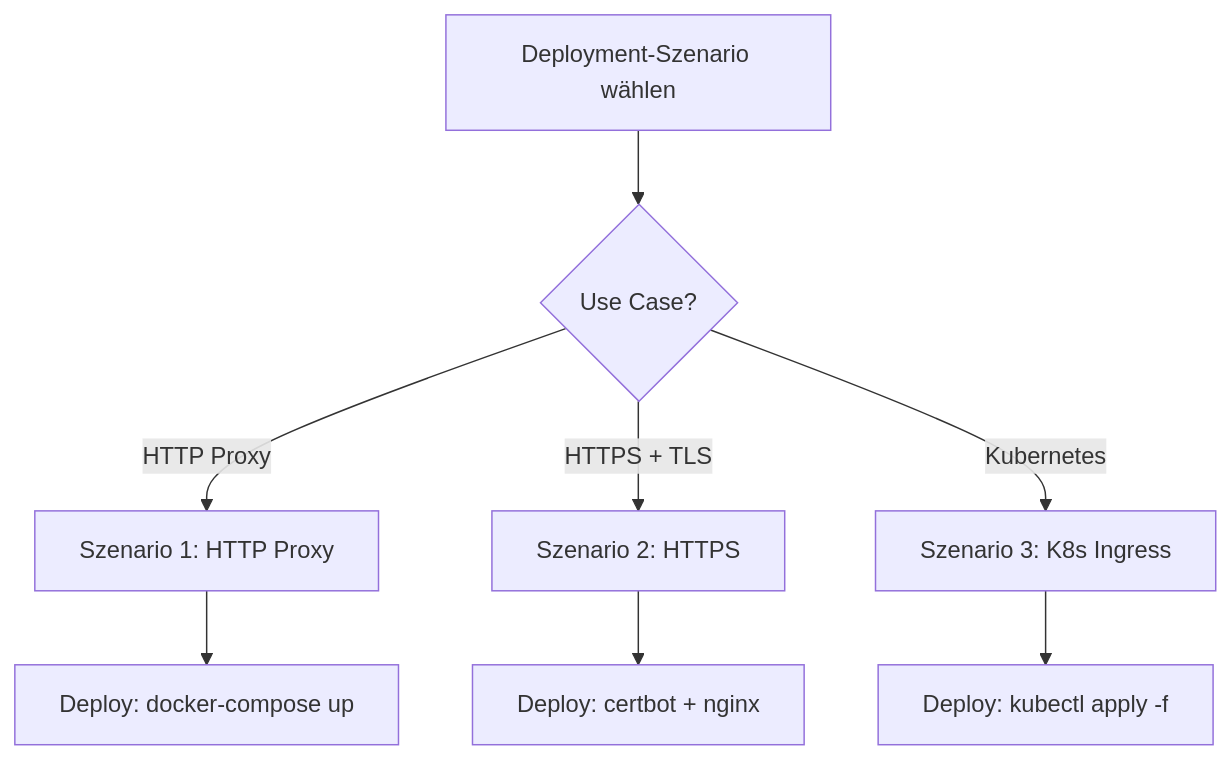
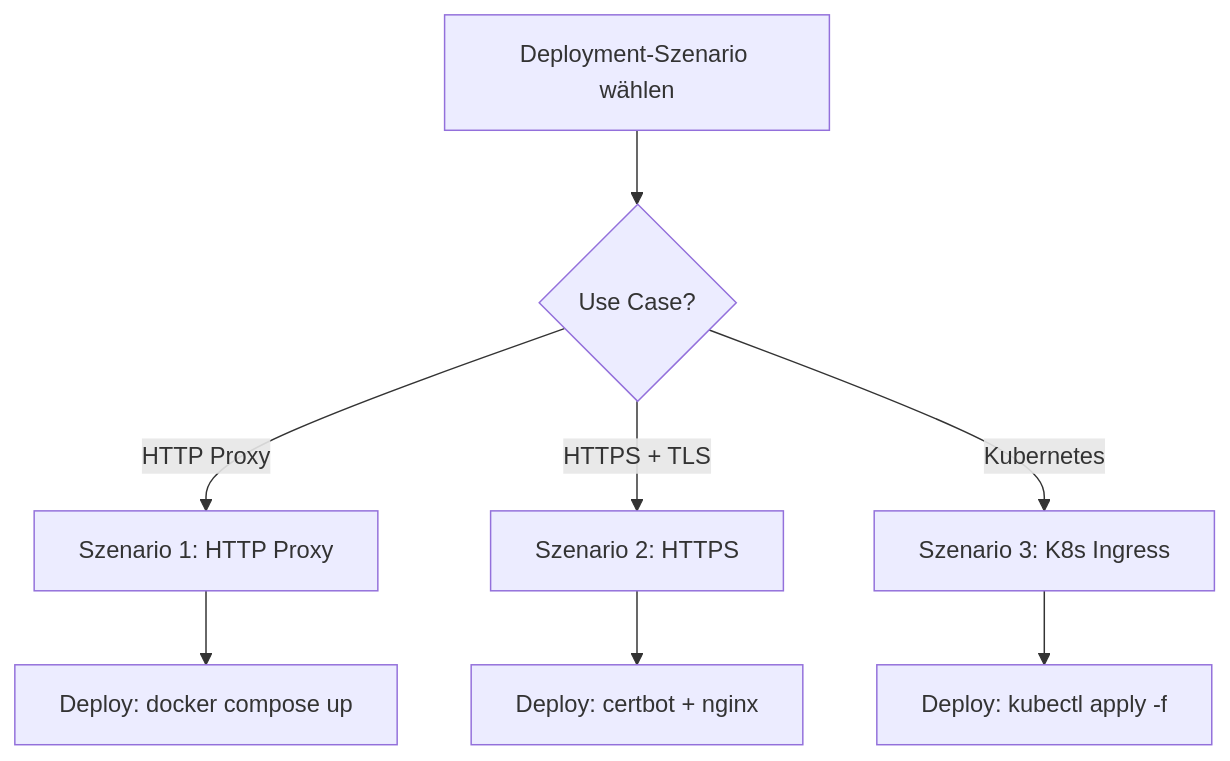
One commit to pt9912/x-gal changed the third of 4 diagrams in .claude/skills/documentation/MERMAID_GUIDE.md. Above: the diagram before and after it, drawn with Mermaid. The commit also changed 16 other files, not shown here.

First line of the commit message:
refactor(tests): Migrate from docker-compose to docker compose (V2)

````diff
--- a/.claude/skills/documentation/MERMAID_GUIDE.md
+++ b/.claude/skills/documentation/MERMAID_GUIDE.md
@@ -64,11 +64,11 @@
 ```mermaid
 flowchart TD
     Start[Deployment-Szenario wählen] --> Q1{Use Case?}
     Q1 -->|HTTP Proxy| S1[Szenario 1: HTTP Proxy]
     Q1 -->|HTTPS + TLS| S2[Szenario 2: HTTPS]
     Q1 -->|Kubernetes| S3[Szenario 3: K8s Ingress]
 
-    S1 --> D1[Deploy: docker-compose up]
+    S1 --> D1[Deploy: docker compose up]
     S2 --> D2[Deploy: certbot + nginx]
     S3 --> D3[Deploy: kubectl apply -f]
 ```
````
